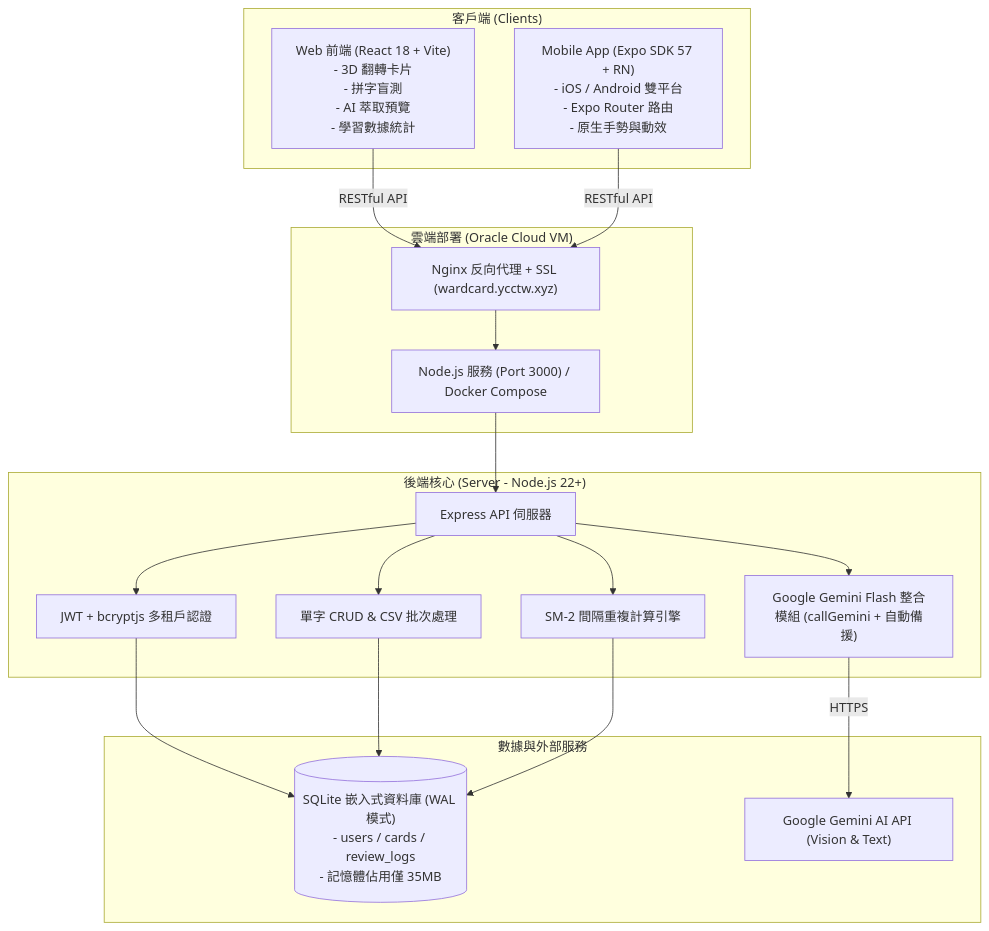
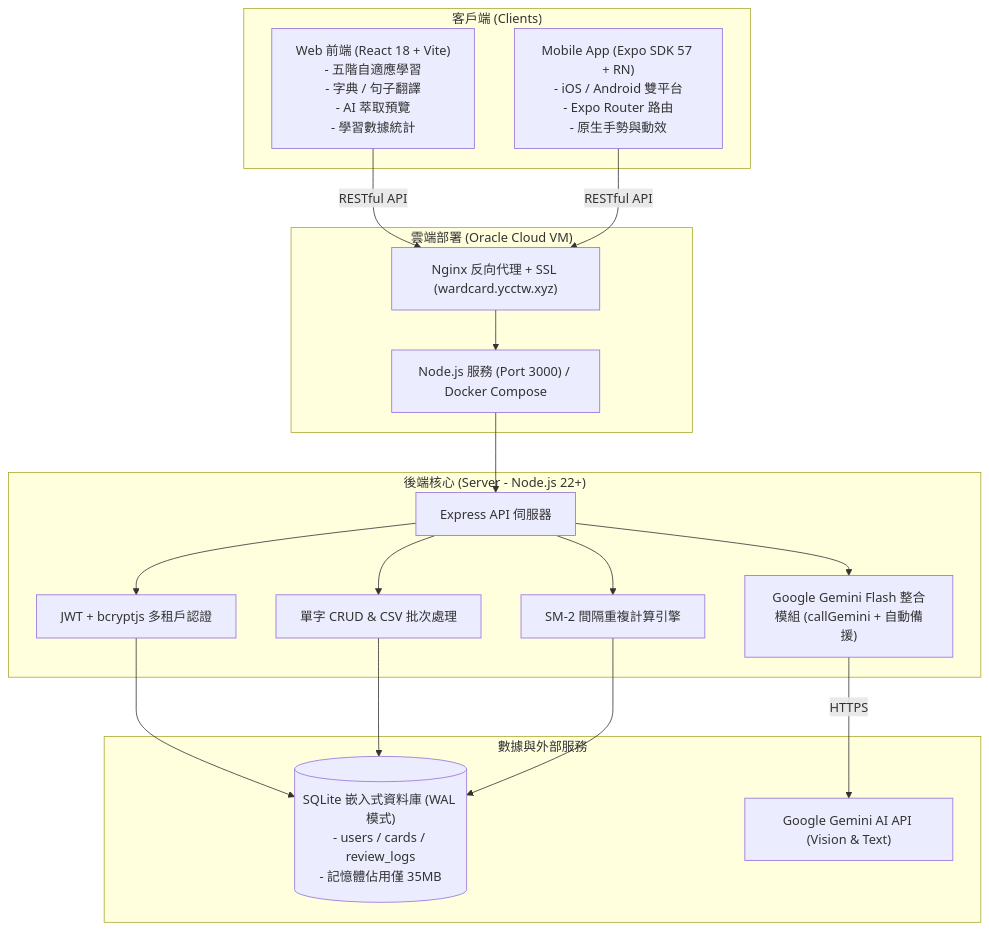
The diagram in 開發進度/專案開發狀況總覽.md (CCHENYUCHI/WardCard), drawn with Mermaid before and after one commit. The commit also changed other lines of this file and 14 other files, not shown here.

````diff
--- a/開發進度/專案開發狀況總覽.md
+++ b/開發進度/專案開發狀況總覽.md
@@ -24,38 +24,38 @@
 ```mermaid
 graph TD
     subgraph ClientLayer["客戶端 (Clients)"]
-        WebClient["Web 前端 (React 18 + Vite)<br/>- 3D 翻轉卡片<br/>- 拼字盲測<br/>- AI 萃取預覽<br/>- 學習數據統計"]
+        WebClient["Web 前端 (React 18 + Vite)<br/>- 五階自適應學習<br/>- 字典 / 句子翻譯<br/>- AI 萃取預覽<br/>- 學習數據統計"]
         MobileApp["Mobile App (Expo SDK 57 + RN)<br/>- iOS / Android 雙平台<br/>- Expo Router 路由<br/>- 原生手勢與動效"]
     end
 
     subgraph GatewayDeploy["雲端部署 (Oracle Cloud VM)"]
         NginxReverse["Nginx 反向代理 + SSL (wardcard.ycctw.xyz)"]
         DockerOrPM2["Node.js 服務 (Port 3000) / Docker Compose"]
     end
 
     subgraph BackendCore["後端核心 (Server - Node.js 22+)"]
         ExpressApp["Express API 伺服器"]
         AuthModule["JWT + bcryptjs 多租戶認證"]
         CardService["單字 CRUD & CSV 批次處理"]
         SRSEngine["SM-2 間隔重複計算引擎"]
         GeminiService["Google Gemini Flash 整合模組 (callGemini + 自動備援)"]
     end
 
     subgraph StorageLayer["數據與外部服務"]
         SQLiteDB[("SQLite 嵌入式資料庫 (WAL 模式)<br/>- users / cards / review_logs<br/>- 記憶體佔用僅 35MB")]
         GeminiAPI["Google Gemini AI API (Vision & Text)"]
     end
 
     WebClient -->|RESTful API| NginxReverse
     MobileApp -->|RESTful API| NginxReverse
     NginxReverse --> DockerOrPM2
     DockerOrPM2 --> ExpressApp
     ExpressApp --> AuthModule
     ExpressApp --> CardService
     ExpressApp --> SRSEngine
     ExpressApp --> GeminiService
     AuthModule --> SQLiteDB
     CardService --> SQLiteDB
     SRSEngine --> SQLiteDB
     GeminiService -->|HTTPS| GeminiAPI
 ```
````
